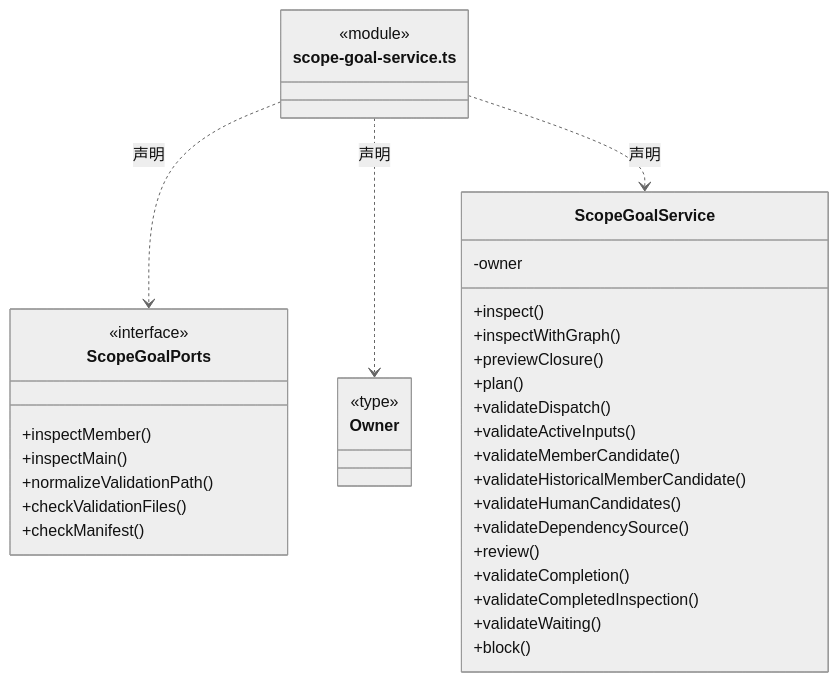
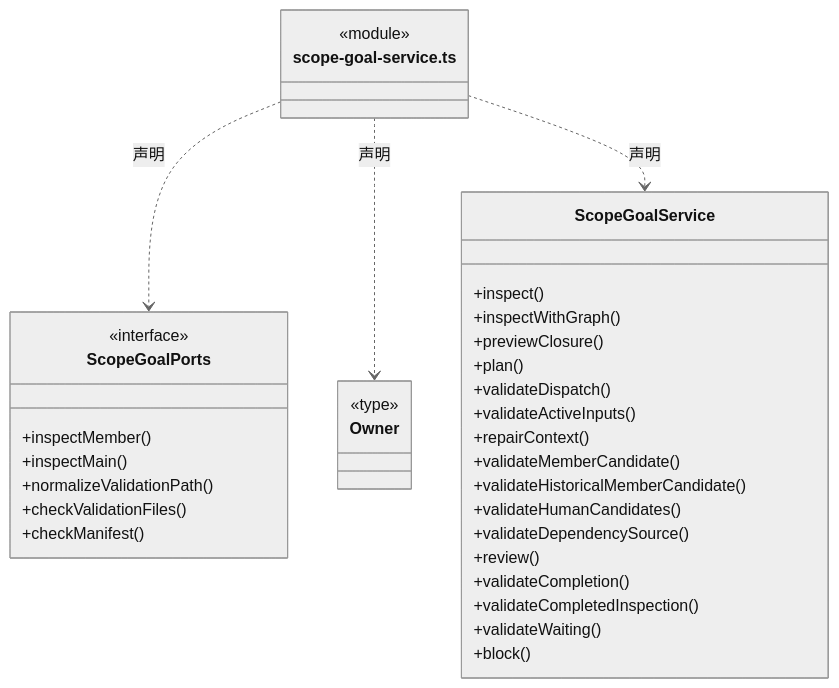
Before and after one commit to nan023062/cbim: the tenth of 22 diagrams in src/backend/scheduler-engine/goals/ARCHITECTURE.md, drawn with Mermaid (neutral theme). The commit also changed other lines of this file and 130 other files, not shown here.

````diff
--- a/src/backend/scheduler-engine/goals/ARCHITECTURE.md
+++ b/src/backend/scheduler-engine/goals/ARCHITECTURE.md
@@ -215,39 +215,39 @@
 ```mermaid
 classDiagram
 class N_src_backend_scheduler_engine_goals_scope_goal_service_ts["scope-goal-service.ts"] {
   <<module>>
 }
 class N_src_backend_scheduler_engine_goals_scope_goal_service_ts_ScopeGoalPorts["ScopeGoalPorts"] {
   <<interface>>
   +inspectMember()
   +inspectMain()
   +normalizeValidationPath()
   +checkValidationFiles()
   +checkManifest()
 }
 N_src_backend_scheduler_engine_goals_scope_goal_service_ts ..> N_src_backend_scheduler_engine_goals_scope_goal_service_ts_ScopeGoalPorts : 声明
 class N_src_backend_scheduler_engine_goals_scope_goal_service_ts_Owner["Owner"] {
   <<type>>
 
 }
 N_src_backend_scheduler_engine_goals_scope_goal_service_ts ..> N_src_backend_scheduler_engine_goals_scope_goal_service_ts_Owner : 声明
 class N_src_backend_scheduler_engine_goals_scope_goal_service_ts_ScopeGoalService["ScopeGoalService"] {
   +inspect()
   +inspectWithGraph()
   +previewClosure()
   +plan()
   +validateDispatch()
   +validateActiveInputs()
+  +repairContext()
   +validateMemberCandidate()
   +validateHistoricalMemberCandidate()
   +validateHumanCandidates()
   +validateDependencySource()
   +review()
   +validateCompletion()
   +validateCompletedInspection()
   +validateWaiting()
   +block()
-  -owner
 }
 N_src_backend_scheduler_engine_goals_scope_goal_service_ts ..> N_src_backend_scheduler_engine_goals_scope_goal_service_ts_ScopeGoalService : 声明
 ```
````
